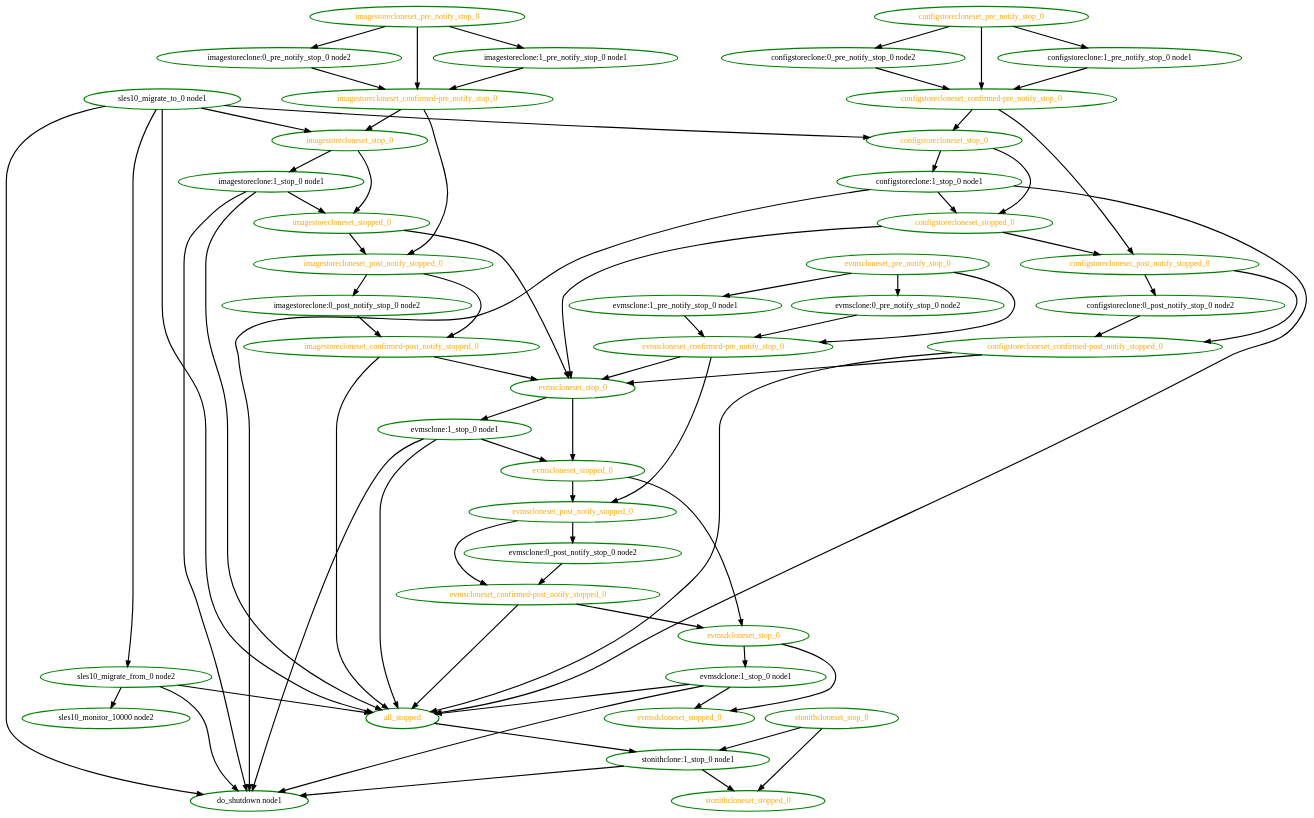
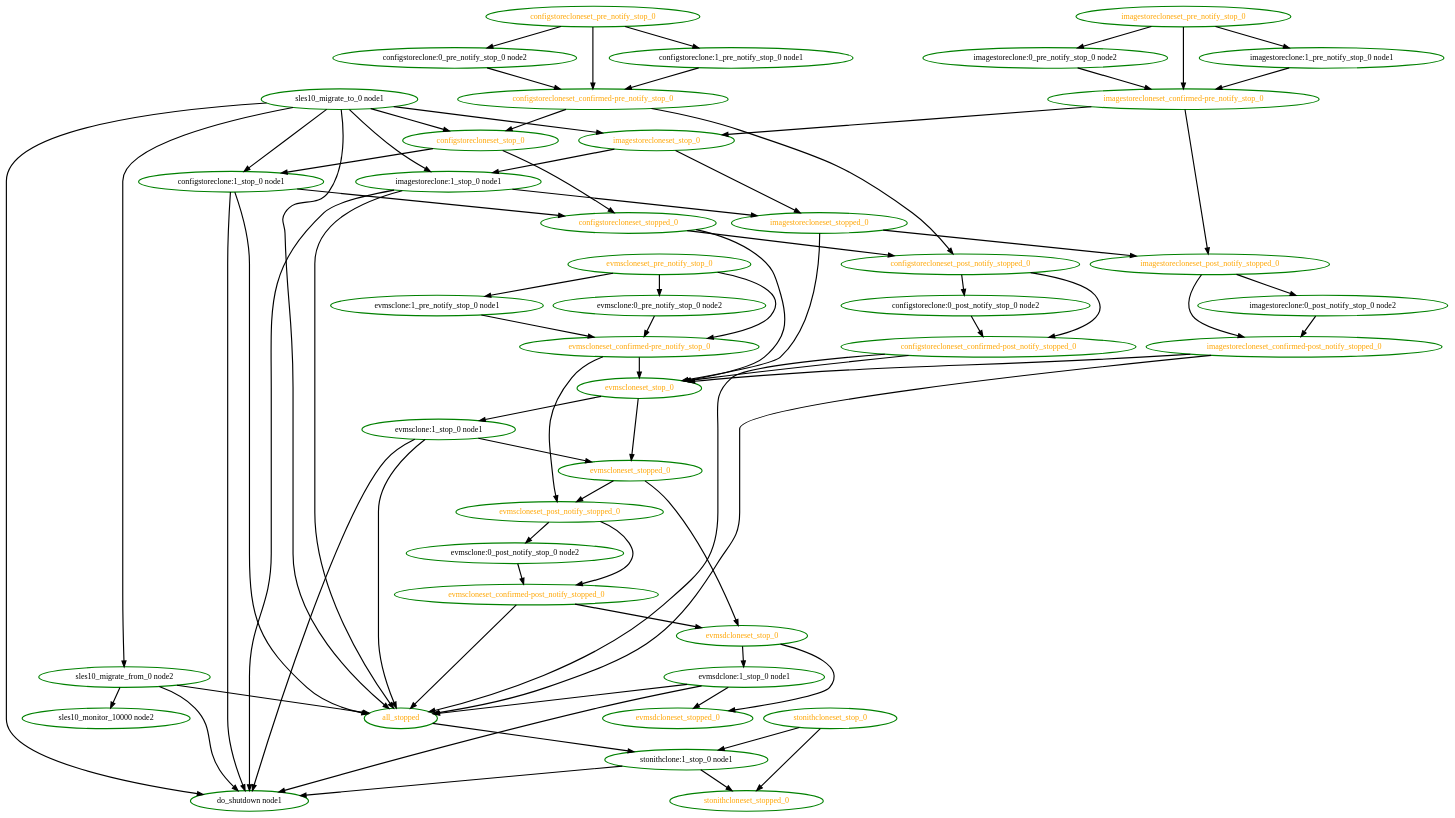
The diagram in pengine/test10/novell-252693.dot (linux-ha-japan/pm_diskd), drawn with Graphviz before and after one commit. The commit also changed 38 other files, not shown here.

```diff
--- a/pengine/test10/novell-252693.dot
+++ b/pengine/test10/novell-252693.dot
@@ -1,118 +1,120 @@
  digraph "g" {
 "all_stopped" -> "stonithclone:1_stop_0 node1" [ style = bold]
 "all_stopped" [ style=bold color="green" fontcolor="orange"  ]
 "configstoreclone:0_post_notify_stop_0 node2" -> "configstorecloneset_confirmed-post_notify_stopped_0" [ style = bold]
 "configstoreclone:0_post_notify_stop_0 node2" [ style=bold color="green" fontcolor="black"  ]
 "configstoreclone:0_pre_notify_stop_0 node2" -> "configstorecloneset_confirmed-pre_notify_stop_0" [ style = bold]
 "configstoreclone:0_pre_notify_stop_0 node2" [ style=bold color="green" fontcolor="black"  ]
 "configstoreclone:1_pre_notify_stop_0 node1" -> "configstorecloneset_confirmed-pre_notify_stop_0" [ style = bold]
 "configstoreclone:1_pre_notify_stop_0 node1" [ style=bold color="green" fontcolor="black"  ]
 "configstoreclone:1_stop_0 node1" -> "all_stopped" [ style = bold]
 "configstoreclone:1_stop_0 node1" -> "configstorecloneset_stopped_0" [ style = bold]
 "configstoreclone:1_stop_0 node1" -> "do_shutdown node1" [ style = bold]
 "configstoreclone:1_stop_0 node1" [ style=bold color="green" fontcolor="black"  ]
 "configstorecloneset_confirmed-post_notify_stopped_0" -> "all_stopped" [ style = bold]
 "configstorecloneset_confirmed-post_notify_stopped_0" -> "evmscloneset_stop_0" [ style = bold]
 "configstorecloneset_confirmed-post_notify_stopped_0" [ style=bold color="green" fontcolor="orange"  ]
 "configstorecloneset_confirmed-pre_notify_stop_0" -> "configstorecloneset_post_notify_stopped_0" [ style = bold]
 "configstorecloneset_confirmed-pre_notify_stop_0" -> "configstorecloneset_stop_0" [ style = bold]
 "configstorecloneset_confirmed-pre_notify_stop_0" [ style=bold color="green" fontcolor="orange"  ]
 "configstorecloneset_post_notify_stopped_0" -> "configstoreclone:0_post_notify_stop_0 node2" [ style = bold]
 "configstorecloneset_post_notify_stopped_0" -> "configstorecloneset_confirmed-post_notify_stopped_0" [ style = bold]
 "configstorecloneset_post_notify_stopped_0" [ style=bold color="green" fontcolor="orange"  ]
 "configstorecloneset_pre_notify_stop_0" -> "configstoreclone:0_pre_notify_stop_0 node2" [ style = bold]
 "configstorecloneset_pre_notify_stop_0" -> "configstoreclone:1_pre_notify_stop_0 node1" [ style = bold]
 "configstorecloneset_pre_notify_stop_0" -> "configstorecloneset_confirmed-pre_notify_stop_0" [ style = bold]
 "configstorecloneset_pre_notify_stop_0" [ style=bold color="green" fontcolor="orange"  ]
 "configstorecloneset_stop_0" -> "configstoreclone:1_stop_0 node1" [ style = bold]
 "configstorecloneset_stop_0" -> "configstorecloneset_stopped_0" [ style = bold]
 "configstorecloneset_stop_0" [ style=bold color="green" fontcolor="orange"  ]
 "configstorecloneset_stopped_0" -> "configstorecloneset_post_notify_stopped_0" [ style = bold]
 "configstorecloneset_stopped_0" -> "evmscloneset_stop_0" [ style = bold]
 "configstorecloneset_stopped_0" [ style=bold color="green" fontcolor="orange"  ]
 "do_shutdown node1" [ style=bold color="green" fontcolor="black"  ]
 "evmsclone:0_post_notify_stop_0 node2" -> "evmscloneset_confirmed-post_notify_stopped_0" [ style = bold]
 "evmsclone:0_post_notify_stop_0 node2" [ style=bold color="green" fontcolor="black"  ]
 "evmsclone:0_pre_notify_stop_0 node2" -> "evmscloneset_confirmed-pre_notify_stop_0" [ style = bold]
 "evmsclone:0_pre_notify_stop_0 node2" [ style=bold color="green" fontcolor="black"  ]
 "evmsclone:1_pre_notify_stop_0 node1" -> "evmscloneset_confirmed-pre_notify_stop_0" [ style = bold]
 "evmsclone:1_pre_notify_stop_0 node1" [ style=bold color="green" fontcolor="black"  ]
 "evmsclone:1_stop_0 node1" -> "all_stopped" [ style = bold]
 "evmsclone:1_stop_0 node1" -> "do_shutdown node1" [ style = bold]
 "evmsclone:1_stop_0 node1" -> "evmscloneset_stopped_0" [ style = bold]
 "evmsclone:1_stop_0 node1" [ style=bold color="green" fontcolor="black"  ]
 "evmscloneset_confirmed-post_notify_stopped_0" -> "all_stopped" [ style = bold]
 "evmscloneset_confirmed-post_notify_stopped_0" -> "evmsdcloneset_stop_0" [ style = bold]
 "evmscloneset_confirmed-post_notify_stopped_0" [ style=bold color="green" fontcolor="orange"  ]
 "evmscloneset_confirmed-pre_notify_stop_0" -> "evmscloneset_post_notify_stopped_0" [ style = bold]
 "evmscloneset_confirmed-pre_notify_stop_0" -> "evmscloneset_stop_0" [ style = bold]
 "evmscloneset_confirmed-pre_notify_stop_0" [ style=bold color="green" fontcolor="orange"  ]
 "evmscloneset_post_notify_stopped_0" -> "evmsclone:0_post_notify_stop_0 node2" [ style = bold]
 "evmscloneset_post_notify_stopped_0" -> "evmscloneset_confirmed-post_notify_stopped_0" [ style = bold]
 "evmscloneset_post_notify_stopped_0" [ style=bold color="green" fontcolor="orange"  ]
 "evmscloneset_pre_notify_stop_0" -> "evmsclone:0_pre_notify_stop_0 node2" [ style = bold]
 "evmscloneset_pre_notify_stop_0" -> "evmsclone:1_pre_notify_stop_0 node1" [ style = bold]
 "evmscloneset_pre_notify_stop_0" -> "evmscloneset_confirmed-pre_notify_stop_0" [ style = bold]
 "evmscloneset_pre_notify_stop_0" [ style=bold color="green" fontcolor="orange"  ]
 "evmscloneset_stop_0" -> "evmsclone:1_stop_0 node1" [ style = bold]
 "evmscloneset_stop_0" -> "evmscloneset_stopped_0" [ style = bold]
 "evmscloneset_stop_0" [ style=bold color="green" fontcolor="orange"  ]
 "evmscloneset_stopped_0" -> "evmscloneset_post_notify_stopped_0" [ style = bold]
 "evmscloneset_stopped_0" -> "evmsdcloneset_stop_0" [ style = bold]
 "evmscloneset_stopped_0" [ style=bold color="green" fontcolor="orange"  ]
 "evmsdclone:1_stop_0 node1" -> "all_stopped" [ style = bold]
 "evmsdclone:1_stop_0 node1" -> "do_shutdown node1" [ style = bold]
 "evmsdclone:1_stop_0 node1" -> "evmsdcloneset_stopped_0" [ style = bold]
 "evmsdclone:1_stop_0 node1" [ style=bold color="green" fontcolor="black"  ]
 "evmsdcloneset_stop_0" -> "evmsdclone:1_stop_0 node1" [ style = bold]
 "evmsdcloneset_stop_0" -> "evmsdcloneset_stopped_0" [ style = bold]
 "evmsdcloneset_stop_0" [ style=bold color="green" fontcolor="orange"  ]
 "evmsdcloneset_stopped_0" [ style=bold color="green" fontcolor="orange"  ]
 "imagestoreclone:0_post_notify_stop_0 node2" -> "imagestorecloneset_confirmed-post_notify_stopped_0" [ style = bold]
 "imagestoreclone:0_post_notify_stop_0 node2" [ style=bold color="green" fontcolor="black"  ]
 "imagestoreclone:0_pre_notify_stop_0 node2" -> "imagestorecloneset_confirmed-pre_notify_stop_0" [ style = bold]
 "imagestoreclone:0_pre_notify_stop_0 node2" [ style=bold color="green" fontcolor="black"  ]
 "imagestoreclone:1_pre_notify_stop_0 node1" -> "imagestorecloneset_confirmed-pre_notify_stop_0" [ style = bold]
 "imagestoreclone:1_pre_notify_stop_0 node1" [ style=bold color="green" fontcolor="black"  ]
 "imagestoreclone:1_stop_0 node1" -> "all_stopped" [ style = bold]
 "imagestoreclone:1_stop_0 node1" -> "do_shutdown node1" [ style = bold]
 "imagestoreclone:1_stop_0 node1" -> "imagestorecloneset_stopped_0" [ style = bold]
 "imagestoreclone:1_stop_0 node1" [ style=bold color="green" fontcolor="black"  ]
 "imagestorecloneset_confirmed-post_notify_stopped_0" -> "all_stopped" [ style = bold]
 "imagestorecloneset_confirmed-post_notify_stopped_0" -> "evmscloneset_stop_0" [ style = bold]
 "imagestorecloneset_confirmed-post_notify_stopped_0" [ style=bold color="green" fontcolor="orange"  ]
 "imagestorecloneset_confirmed-pre_notify_stop_0" -> "imagestorecloneset_post_notify_stopped_0" [ style = bold]
 "imagestorecloneset_confirmed-pre_notify_stop_0" -> "imagestorecloneset_stop_0" [ style = bold]
 "imagestorecloneset_confirmed-pre_notify_stop_0" [ style=bold color="green" fontcolor="orange"  ]
 "imagestorecloneset_post_notify_stopped_0" -> "imagestoreclone:0_post_notify_stop_0 node2" [ style = bold]
 "imagestorecloneset_post_notify_stopped_0" -> "imagestorecloneset_confirmed-post_notify_stopped_0" [ style = bold]
 "imagestorecloneset_post_notify_stopped_0" [ style=bold color="green" fontcolor="orange"  ]
 "imagestorecloneset_pre_notify_stop_0" -> "imagestoreclone:0_pre_notify_stop_0 node2" [ style = bold]
 "imagestorecloneset_pre_notify_stop_0" -> "imagestoreclone:1_pre_notify_stop_0 node1" [ style = bold]
 "imagestorecloneset_pre_notify_stop_0" -> "imagestorecloneset_confirmed-pre_notify_stop_0" [ style = bold]
 "imagestorecloneset_pre_notify_stop_0" [ style=bold color="green" fontcolor="orange"  ]
 "imagestorecloneset_stop_0" -> "imagestoreclone:1_stop_0 node1" [ style = bold]
 "imagestorecloneset_stop_0" -> "imagestorecloneset_stopped_0" [ style = bold]
 "imagestorecloneset_stop_0" [ style=bold color="green" fontcolor="orange"  ]
 "imagestorecloneset_stopped_0" -> "evmscloneset_stop_0" [ style = bold]
 "imagestorecloneset_stopped_0" -> "imagestorecloneset_post_notify_stopped_0" [ style = bold]
 "imagestorecloneset_stopped_0" [ style=bold color="green" fontcolor="orange"  ]
 "sles10_migrate_from_0 node2" -> "all_stopped" [ style = bold]
 "sles10_migrate_from_0 node2" -> "do_shutdown node1" [ style = bold]
 "sles10_migrate_from_0 node2" -> "sles10_monitor_10000 node2" [ style = bold]
 "sles10_migrate_from_0 node2" [ style=bold color="green" fontcolor="black"  ]
 "sles10_migrate_to_0 node1" -> "all_stopped" [ style = bold]
+"sles10_migrate_to_0 node1" -> "configstoreclone:1_stop_0 node1" [ style = bold]
 "sles10_migrate_to_0 node1" -> "configstorecloneset_stop_0" [ style = bold]
 "sles10_migrate_to_0 node1" -> "do_shutdown node1" [ style = bold]
+"sles10_migrate_to_0 node1" -> "imagestoreclone:1_stop_0 node1" [ style = bold]
 "sles10_migrate_to_0 node1" -> "imagestorecloneset_stop_0" [ style = bold]
 "sles10_migrate_to_0 node1" -> "sles10_migrate_from_0 node2" [ style = bold]
 "sles10_migrate_to_0 node1" [ style=bold color="green" fontcolor="black"  ]
 "sles10_monitor_10000 node2" [ style=bold color="green" fontcolor="black"  ]
 "stonithclone:1_stop_0 node1" -> "do_shutdown node1" [ style = bold]
 "stonithclone:1_stop_0 node1" -> "stonithcloneset_stopped_0" [ style = bold]
 "stonithclone:1_stop_0 node1" [ style=bold color="green" fontcolor="black"  ]
 "stonithcloneset_stop_0" -> "stonithclone:1_stop_0 node1" [ style = bold]
 "stonithcloneset_stop_0" -> "stonithcloneset_stopped_0" [ style = bold]
 "stonithcloneset_stop_0" [ style=bold color="green" fontcolor="orange"  ]
 "stonithcloneset_stopped_0" [ style=bold color="green" fontcolor="orange"  ]
 }
```
